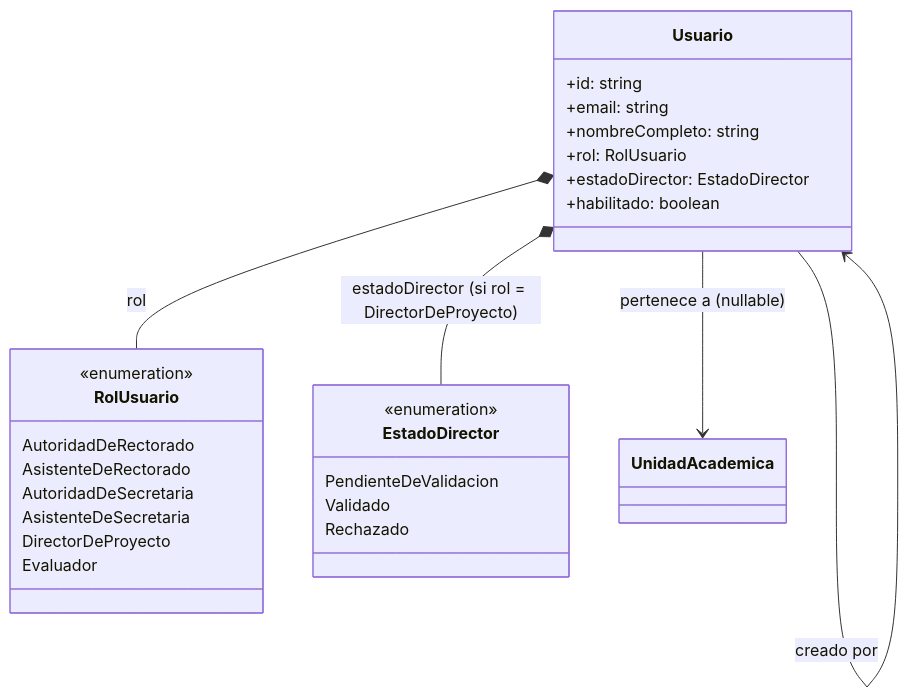
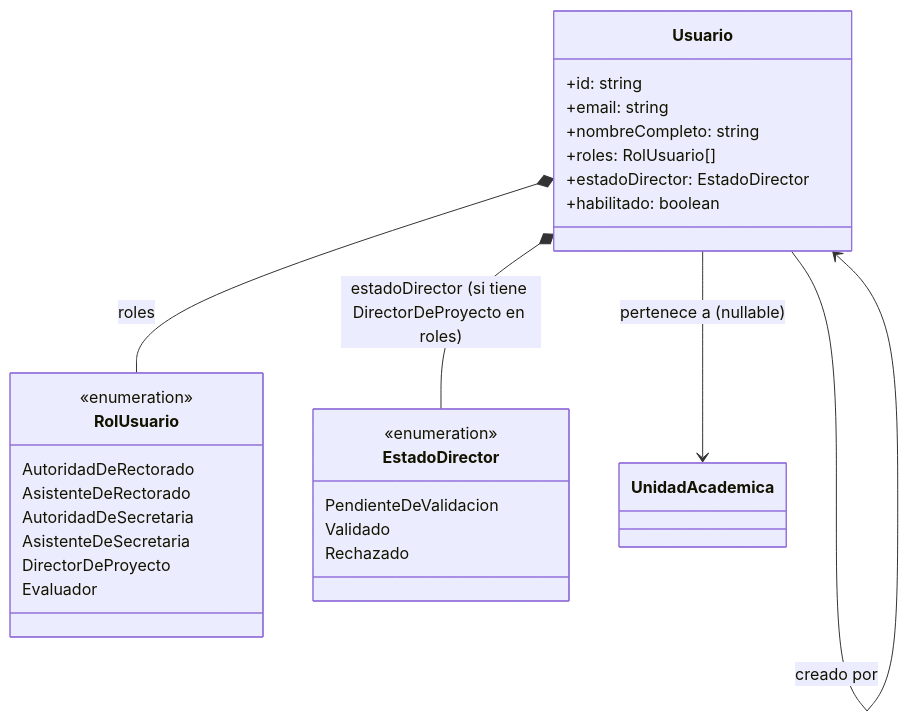
Before and after one commit to TPP-UBANEX/UBANEX: the fourth of 4 diagrams in docs/dominio/modelo.md, drawn with Mermaid. The commit also changed other lines of this file, not shown here.

Commit message:
feat(dominio): cambiar rol unico a roles multiples con regla de negocio de exclusion

````diff
--- a/docs/dominio/modelo.md
+++ b/docs/dominio/modelo.md
@@ -276,33 +276,33 @@
 ```mermaid
 classDiagram
     class Usuario {
         +id: string
         +email: string
         +nombreCompleto: string
-        +rol: RolUsuario
+        +roles: RolUsuario[]
         +estadoDirector: EstadoDirector
         +habilitado: boolean
     }
 
     class RolUsuario {
         <<enumeration>>
         AutoridadDeRectorado
         AsistenteDeRectorado
         AutoridadDeSecretaria
         AsistenteDeSecretaria
         DirectorDeProyecto
         Evaluador
     }
 
     class EstadoDirector {
         <<enumeration>>
         PendienteDeValidacion
         Validado
         Rechazado
     }
 
-    Usuario *-- RolUsuario : rol
-    Usuario *-- EstadoDirector : estadoDirector (si rol = DirectorDeProyecto)
+    Usuario *-- RolUsuario : roles
+    Usuario *-- EstadoDirector : estadoDirector (si tiene DirectorDeProyecto en roles)
     Usuario --> UnidadAcademica : pertenece a (nullable)
     Usuario --> Usuario : creado por
 ```
````
